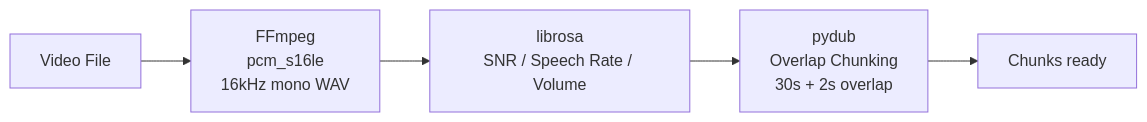
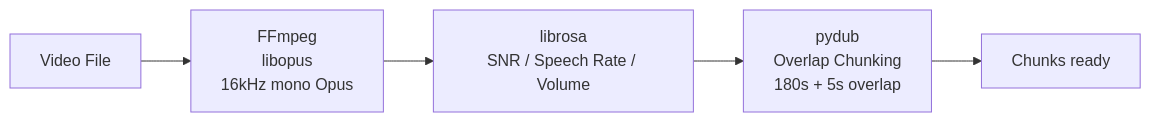
One commit to samm329-ui/Trimora changed the third of 5 diagrams in README.md. Above: the diagram before and after it, drawn with Mermaid. The commit also changed other lines of this file, not shown here.

````diff
--- a/README.md
+++ b/README.md
@@ -213,7 +240,7 @@
 ```mermaid
 flowchart LR
-    V[Video File] --> F[FFmpeg<br/>pcm_s16le<br/>16kHz mono WAV]
+    V[Video File] --> F[FFmpeg<br/>libopus<br/>16kHz mono Opus]
     F --> Q[librosa<br/>SNR / Speech Rate / Volume]
-    Q --> C[pydub<br/>Overlap Chunking<br/>30s + 2s overlap]
+    Q --> C[pydub<br/>Overlap Chunking<br/>180s + 5s overlap]
     C --> T[Chunks ready]
 ```
````
